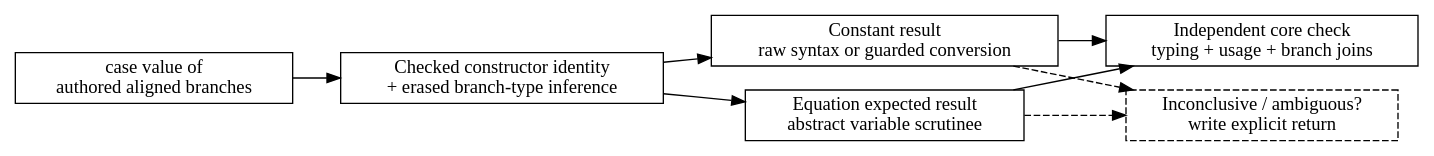
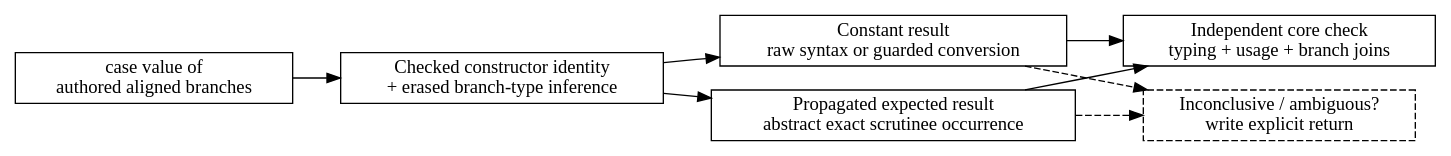
Before and after one commit to odunboye/fibril: the diagram in docs/diagrams/data-motive-inference.dot, drawn with Graphviz. The commit also changed 12 other files, not shown here.

```diff
--- a/docs/diagrams/data-motive-inference.dot
+++ b/docs/diagrams/data-motive-inference.dot
@@ -1,14 +1,14 @@
 digraph DataMotiveInference {
   rankdir=LR;
   node [shape=box];
   source [label="case value of\nauthored aligned branches"];
   types [label="Checked constructor identity\n+ erased branch-type inference"];
   constant [label="Constant result\nraw syntax or guarded conversion"];
-  expected [label="Equation expected result\nabstract variable scrutinee"];
+  expected [label="Propagated expected result\nabstract exact scrutinee occurrence"];
   checker [label="Independent core check\ntyping + usage + branch joins"];
   fallback [label="Inconclusive / ambiguous?\nwrite explicit return", style=dashed];
   source -> types -> constant -> checker;
   types -> expected -> checker;
   constant -> fallback [style=dashed];
   expected -> fallback [style=dashed];
 }
```
